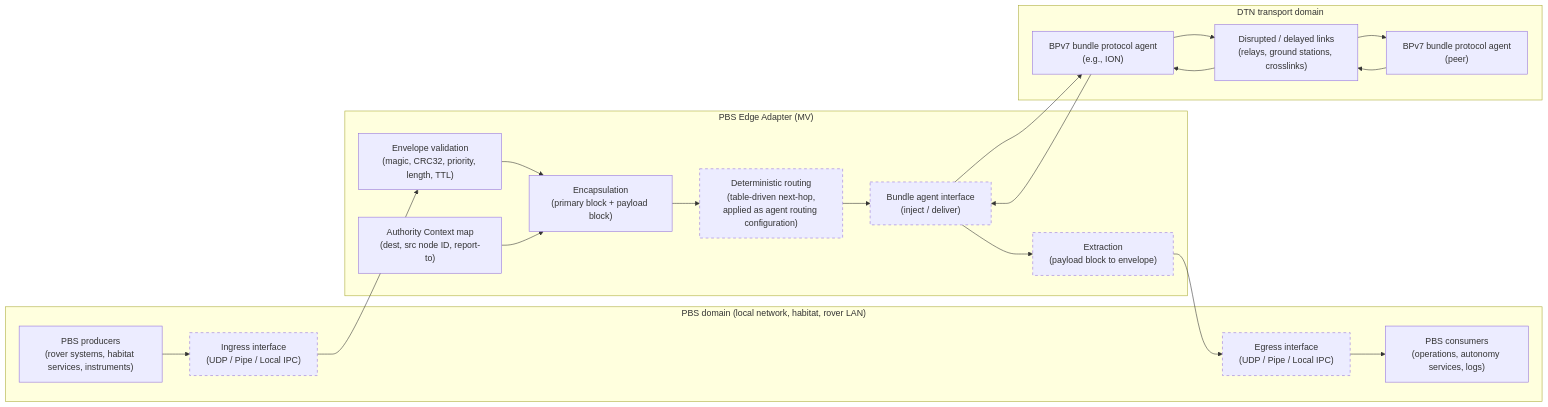
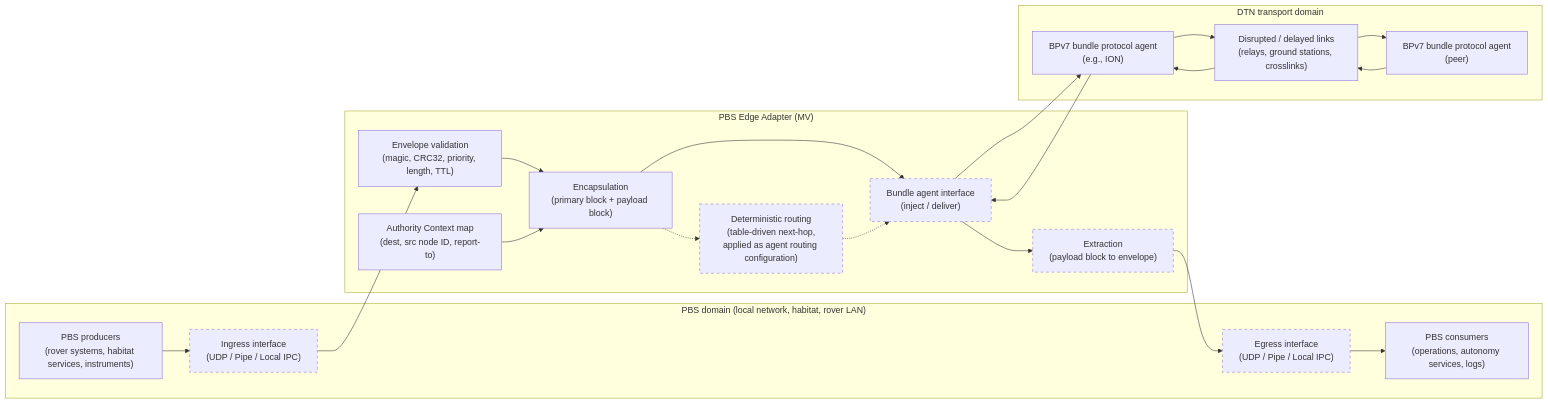
One commit to Pale-Blue-Systems/PBS-EDGE-ADAPTER-MV changed the first of 8 diagrams in DOCS/PBS-EDGE-ARCHITECTURE.md. Above: the diagram before and after it, drawn with Mermaid. The commit also changed 3 other files, not shown here.

````diff
--- a/DOCS/PBS-EDGE-ARCHITECTURE.md
+++ b/DOCS/PBS-EDGE-ARCHITECTURE.md
@@ -22,36 +22,35 @@
 ```mermaid
 flowchart LR
   subgraph PBS_Domain["PBS domain (local network, habitat, rover LAN)"]
     P1["PBS producers<br/>(rover systems, habitat services, instruments)"]
     C1["PBS consumers<br/>(operations, autonomy services, logs)"]
     IN["Ingress interface<br/>(UDP / Pipe / Local IPC)"]
     OUT["Egress interface<br/>(UDP / Pipe / Local IPC)"]
   end
 
   subgraph EDGE["PBS Edge Adapter (MV)"]
     VAL["Envelope validation<br/>(magic, CRC32, priority, length, TTL)"]
     AC["Authority Context map<br/>(dest, src node ID, report-to)"]
     ENC["Encapsulation<br/>(primary block + payload block)"]
     EXT["Extraction<br/>(payload block to envelope)"]
     RT["Deterministic routing<br/>(table-driven next-hop,<br/>applied as agent routing configuration)"]
     IO["Bundle agent interface<br/>(inject / deliver)"]
   end
 
   subgraph DTN["DTN transport domain"]
     BA["BPv7 bundle protocol agent<br/>(e.g., ION)"]
     NET["Disrupted / delayed links<br/>(relays, ground stations, crosslinks)"]
     BA2["BPv7 bundle protocol agent<br/>(peer)"]
   end
 
   P1 --> IN --> VAL --> ENC
   AC --> ENC
-  ENC --> RT
-  RT --> IO
-  IO --> BA --> NET --> BA2
+  ENC --> IO --> BA --> NET --> BA2
+  ENC -.-> RT -.-> IO
   BA2 --> NET --> BA
   BA --> IO
   IO --> EXT --> OUT --> C1
 
   classDef planned stroke-dasharray: 5 5
   class IN,OUT,EXT,RT,IO planned
 ```
````
